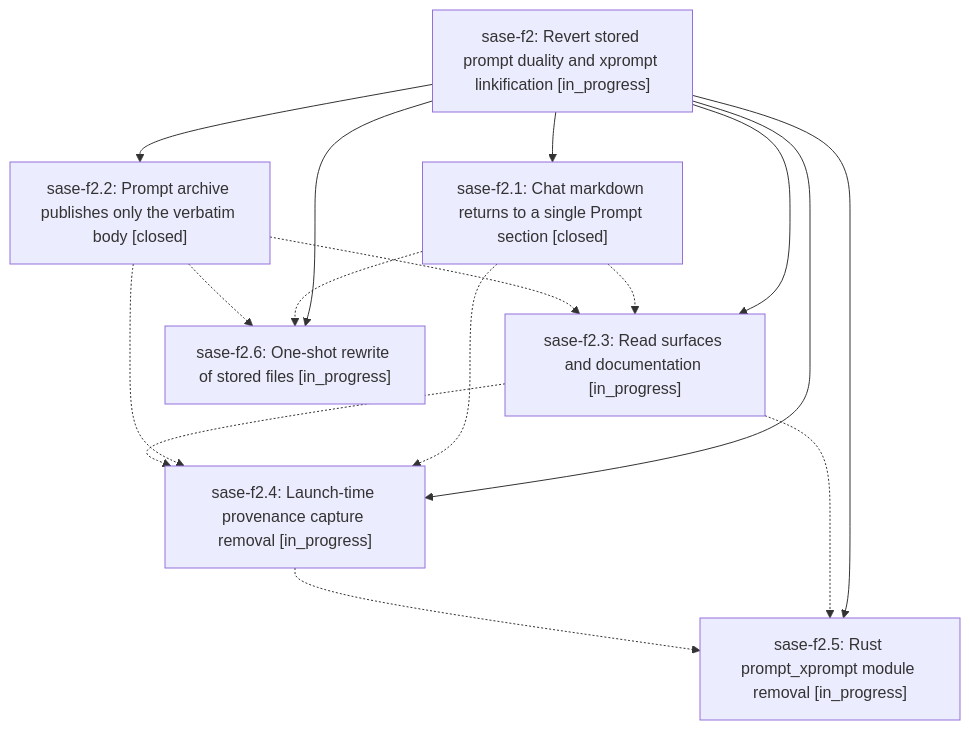
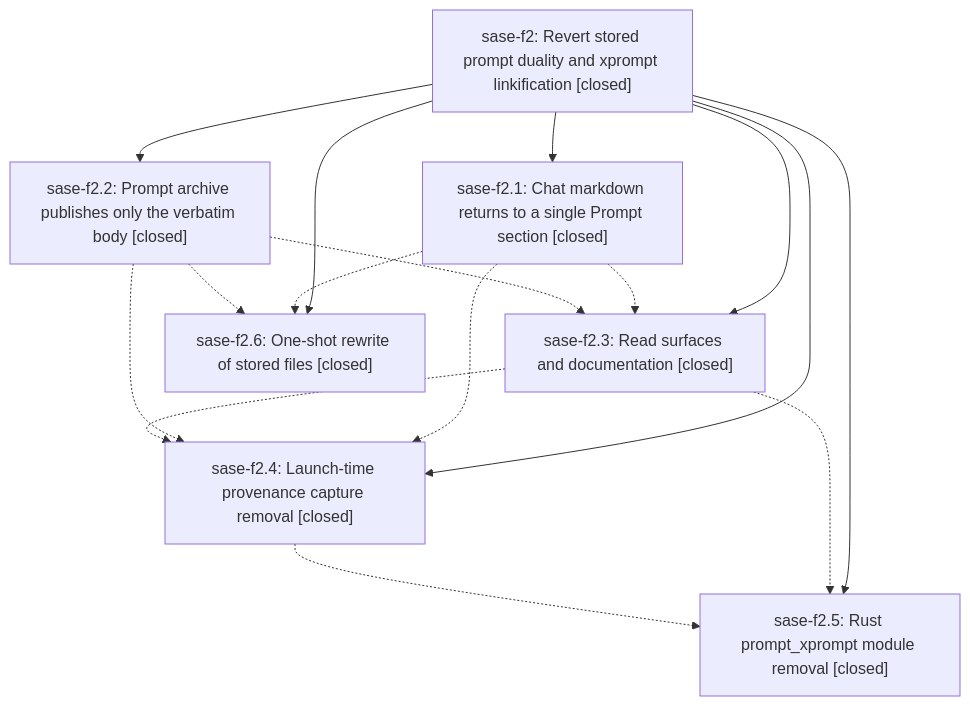
One commit to sase-org/sase--beads changed the diagram in pages/sase-f2/README.md. Above: the diagram before and after it, drawn with Mermaid. The commit also changed other lines of this file and 6 other files, not shown here.

````diff
--- a/pages/sase-f2/README.md
+++ b/pages/sase-f2/README.md
@@ -27,25 +41,25 @@
 ```mermaid
 flowchart TD
-    n0["sase-f2: Revert stored prompt duality and xprompt linkification [in_progress]"]
+    n0["sase-f2: Revert stored prompt duality and xprompt linkification [closed]"]
     n1["sase-f2.1: Chat markdown returns to a single Prompt section [closed]"]
     n2["sase-f2.2: Prompt archive publishes only the verbatim body [closed]"]
-    n3["sase-f2.3: Read surfaces and documentation [in_progress]"]
-    n4["sase-f2.4: Launch-time provenance capture removal [in_progress]"]
-    n5["sase-f2.5: Rust prompt_xprompt module removal [in_progress]"]
-    n6["sase-f2.6: One-shot rewrite of stored files [in_progress]"]
+    n3["sase-f2.3: Read surfaces and documentation [closed]"]
+    n4["sase-f2.4: Launch-time provenance capture removal [closed]"]
+    n5["sase-f2.5: Rust prompt_xprompt module removal [closed]"]
+    n6["sase-f2.6: One-shot rewrite of stored files [closed]"]
     n0 --> n1
     n0 --> n2
     n0 --> n3
     n0 --> n4
     n0 --> n5
     n0 --> n6
     n1 -.-> n3
     n1 -.-> n4
     n1 -.-> n6
     n2 -.-> n3
     n2 -.-> n4
     n2 -.-> n6
     n3 -.-> n4
     n3 -.-> n5
     n4 -.-> n5
 ```
````
